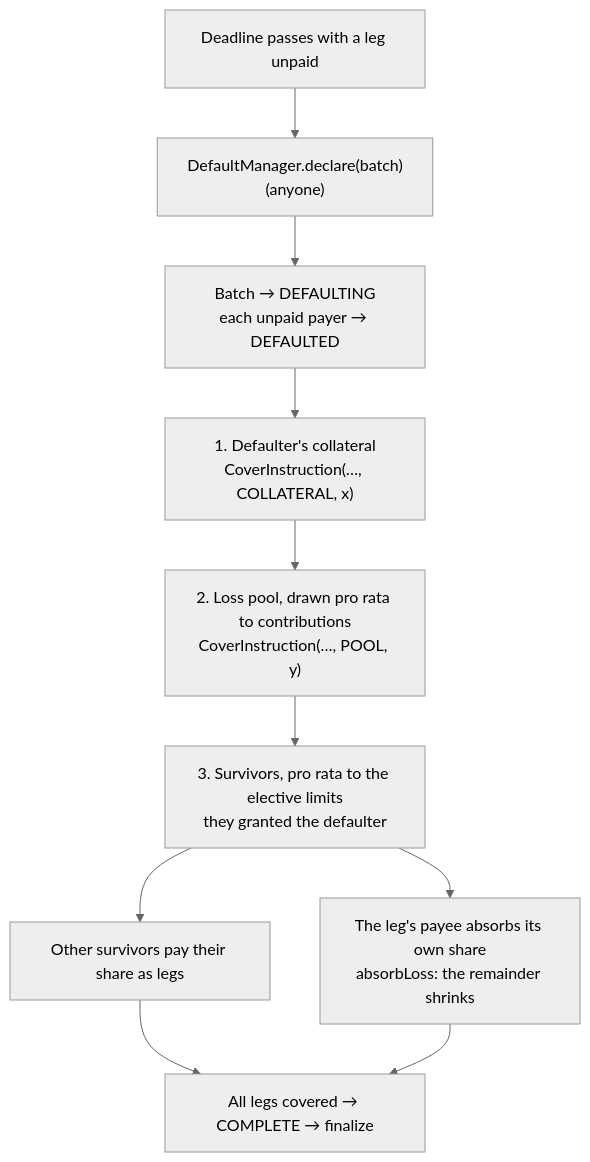
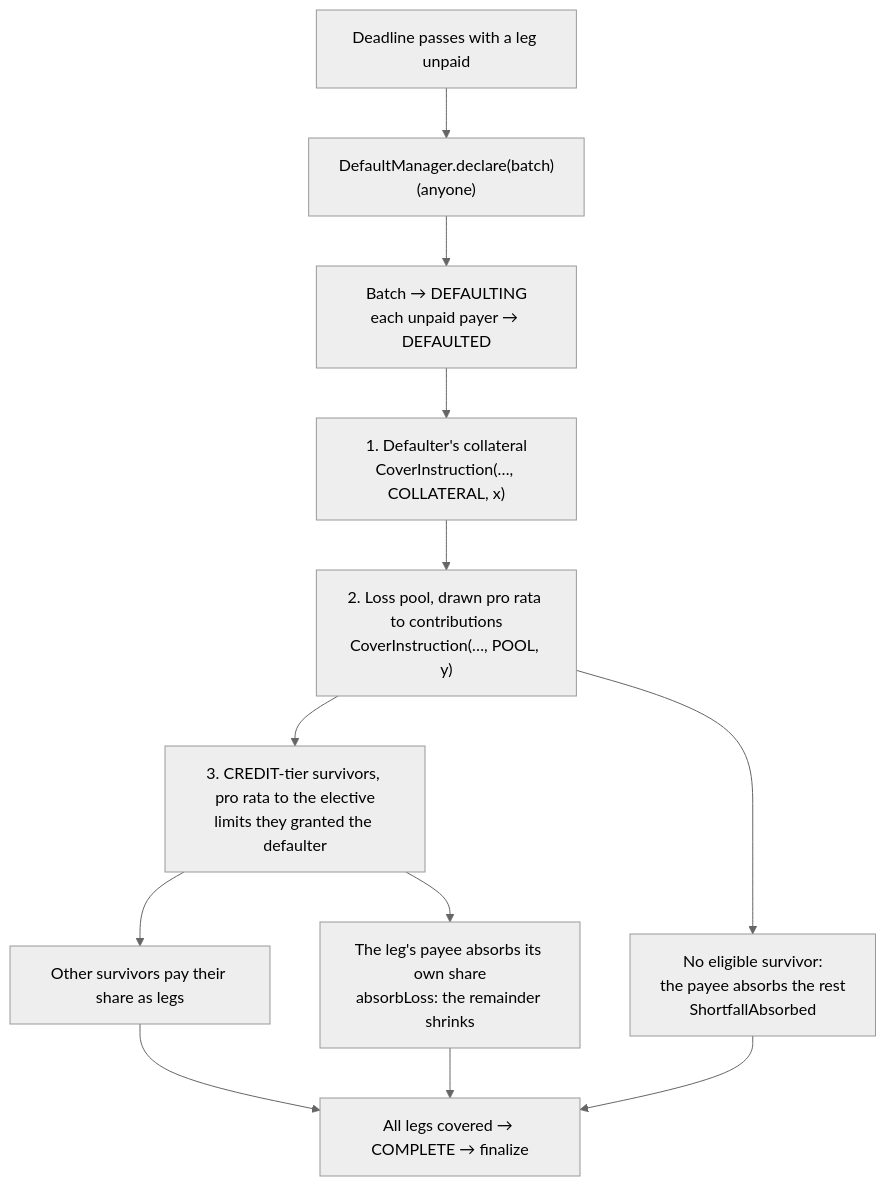
The second of 2 diagrams in docs/business-flows.md (wfblockchain/interbank-credit-settlement), drawn with Mermaid (neutral theme) before and after one commit. The commit also changed other lines of this file and 5 other files, not shown here.

````diff
--- a/docs/business-flows.md
+++ b/docs/business-flows.md
@@ -236,12 +241,14 @@
 ```mermaid
 flowchart TD
     D[Deadline passes with a leg unpaid] --> X["DefaultManager.declare(batch)<br/>(anyone)"]
     X --> M[Batch → DEFAULTING<br/>each unpaid payer → DEFAULTED]
     M --> C1["1. Defaulter's collateral<br/>CoverInstruction(…, COLLATERAL, x)"]
     C1 --> C2["2. Loss pool, drawn pro rata to contributions<br/>CoverInstruction(…, POOL, y)"]
-    C2 --> C3["3. Survivors, pro rata to the elective limits<br/>they granted the defaulter"]
+    C2 --> C3["3. CREDIT-tier survivors, pro rata to the elective<br/>limits they granted the defaulter"]
     C3 --> P1[Other survivors pay their share as legs]
     C3 --> P2[The leg's payee absorbs its own share<br/>absorbLoss: the remainder shrinks]
+    C2 --> C4["No eligible survivor:<br/>the payee absorbs the rest<br/>ShortfallAbsorbed"]
     P1 --> Done[All legs covered → COMPLETE → finalize]
     P2 --> Done
+    C4 --> Done
 ```
````
